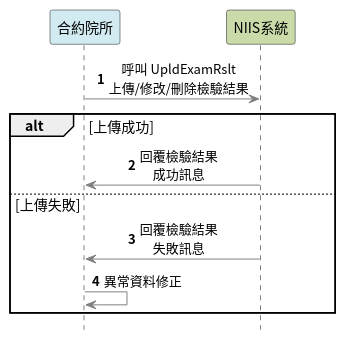
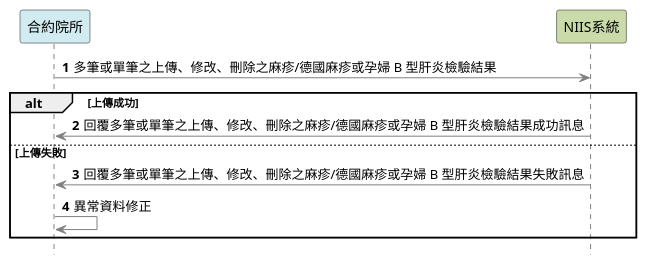
One commit to hyweb-cdc/niis changed the diagram in input/images-source/index-niis.plantuml. Above: the diagram before and after it, drawn with PlantUML.

```diff
--- a/input/images-source/index-niis.plantuml
+++ b/input/images-source/index-niis.plantuml
@@ -1,35 +1,22 @@
 @startuml
 autonumber
 
-skinparam defaultFontName "Noto Sans CJK TC"
-skinparam defaultFontSize 14
 skinparam sequence {
 ArrowColor gray
 ActorBorderColor gray
 LifeLineBorderColor black
-ParticipantFontName "Noto Sans CJK TC"
-ParticipantFontSize 14
-ParticipantFontStyle plain
-ArrowFontName "Noto Sans CJK TC"
-ArrowFontSize 13
-ArrowFontStyle plain
-GroupFontName "Noto Sans CJK TC"
-GroupFontSize 14
-GroupFontStyle plain
-ParticipantPadding 30
-MessageAlign center
 }
 skinparam shadowing false
 hide footbox
 
 participant 合約院所 #d1ebf1
 participant NIIS系統  #cadaa9
-合約院所 -> NIIS系統: 呼叫 UpldExamRslt\n上傳/修改/刪除檢驗結果
+合約院所 -> NIIS系統: 多筆或單筆之上傳、修改、刪除之麻疹/德國麻疹或孕婦 B 型肝炎檢驗結果
 
 alt 上傳成功
-    NIIS系統 -> 合約院所: 回覆檢驗結果\n成功訊息
+    NIIS系統 -> 合約院所: 回覆多筆或單筆之上傳、修改、刪除之麻疹/德國麻疹或孕婦 B 型肝炎檢驗結果成功訊息
 else 上傳失敗
-    NIIS系統 -> 合約院所: 回覆檢驗結果\n失敗訊息
+    NIIS系統 -> 合約院所:  回覆多筆或單筆之上傳、修改、刪除之麻疹/德國麻疹或孕婦 B 型肝炎檢驗結果失敗訊息
     合約院所 -> 合約院所: 異常資料修正
 end
 @enduml
```
